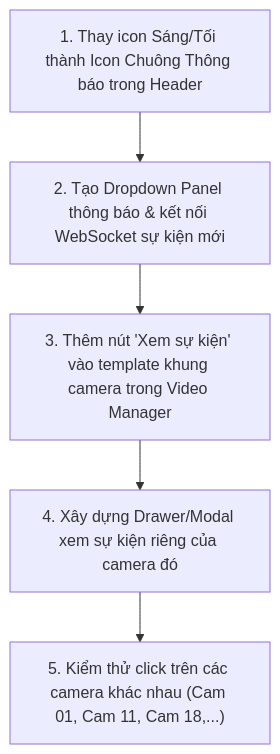
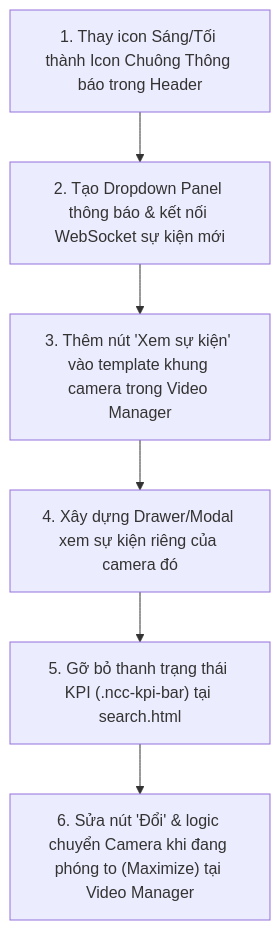
The diagram in docs/ke_hoach_gop_y_boss/KE_HOACH_4_UI_NOTIFICATION_VA_VIDEO_MANAGER_EVENT_POPUP.md (mantran1122/CameraDNCv2), drawn with Mermaid before and after one commit. The commit also changed other lines of this file and 23 other files, not shown here.

Commit message:
feat(nightly,ui,docker): add 22h-04h nightly camera reports, fix fullscreen cam switcher, remove emojis, and preserve server .env on docker updates

````diff
--- a/docs/ke_hoach_gop_y_boss/KE_HOACH_4_UI_NOTIFICATION_VA_VIDEO_MANAGER_EVENT_POPUP.md
+++ b/docs/ke_hoach_gop_y_boss/KE_HOACH_4_UI_NOTIFICATION_VA_VIDEO_MANAGER_EVENT_POPUP.md
@@ -78,7 +172,8 @@
 ```mermaid
 flowchart TD
     Step1["1. Thay icon Sáng/Tối thành Icon Chuông Thông báo trong Header"] --> Step2["2. Tạo Dropdown Panel thông báo & kết nối WebSocket sự kiện mới"]
     Step2 --> Step3["3. Thêm nút 'Xem sự kiện' vào template khung camera trong Video Manager"]
     Step3 --> Step4["4. Xây dựng Drawer/Modal xem sự kiện riêng của camera đó"]
-    Step4 --> Step5["5. Kiểm thử click trên các camera khác nhau (Cam 01, Cam 11, Cam 18,...)"]
+    Step4 --> Step5["5. Gỡ bỏ thanh trạng thái KPI (.ncc-kpi-bar) tại search.html"]
+    Step5 --> Step6["6. Sửa nút 'Đổi' & logic chuyển Camera khi đang phóng to (Maximize) tại Video Manager"]
 ```
````
